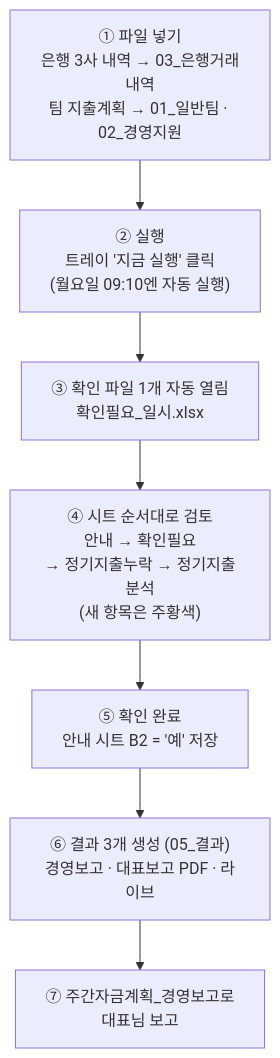
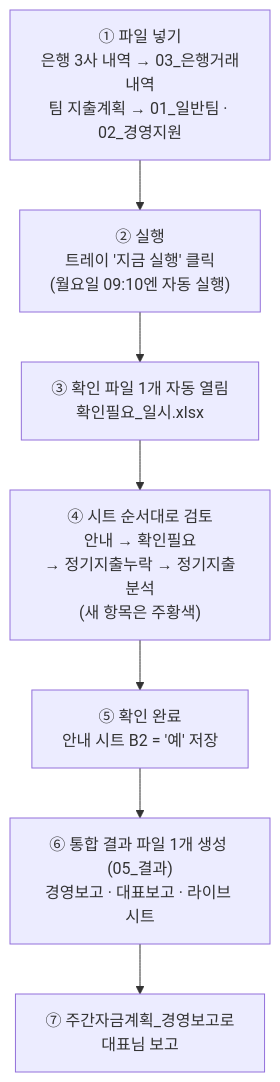
The diagram in 01-Projects/에이팜건강-주간자금계획-자동화/자금계획_자동화_한눈에_보기.md (goldgarden9620419-maker/mynotes), drawn with Mermaid before and after one commit. The commit also changed other lines of this file and 9 other files, not shown here.

````diff
--- a/01-Projects/에이팜건강-주간자금계획-자동화/자금계획_자동화_한눈에_보기.md
+++ b/01-Projects/에이팜건강-주간자금계획-자동화/자금계획_자동화_한눈에_보기.md
@@ -7,9 +7,9 @@
 ```mermaid
 flowchart TD
     A["① 파일 넣기<br>은행 3사 내역 → 03_은행거래내역<br>팀 지출계획 → 01_일반팀 · 02_경영지원"] --> B["② 실행<br>트레이 '지금 실행' 클릭<br>(월요일 09:10엔 자동 실행)"]
     B --> C["③ 확인 파일 1개 자동 열림<br>확인필요_일시.xlsx"]
     C --> D["④ 시트 순서대로 검토<br>안내 → 확인필요<br>→ 정기지출누락 → 정기지출분석<br>(새 항목은 주황색)"]
     D --> E["⑤ 확인 완료<br>안내 시트 B2 = '예' 저장"]
-    E --> F["⑥ 결과 3개 생성 (05_결과)<br>경영보고 · 대표보고 PDF · 라이브"]
+    E --> F["⑥ 통합 결과 파일 1개 생성 (05_결과)<br>경영보고 · 대표보고 · 라이브 시트"]
     F --> G["⑦ 주간자금계획_경영보고로<br>대표님 보고"]
 ```
````
